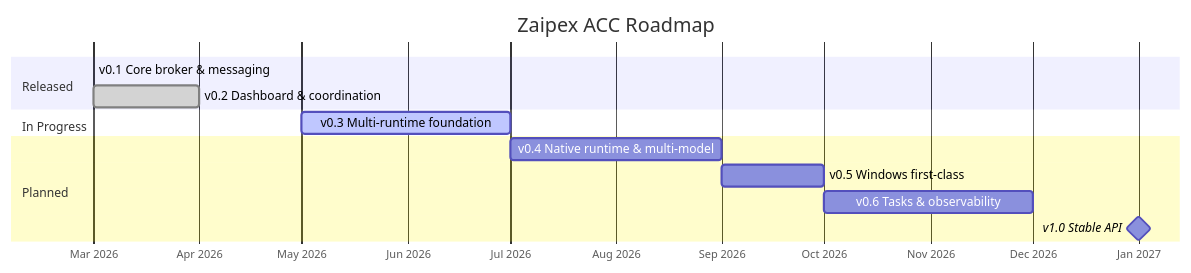
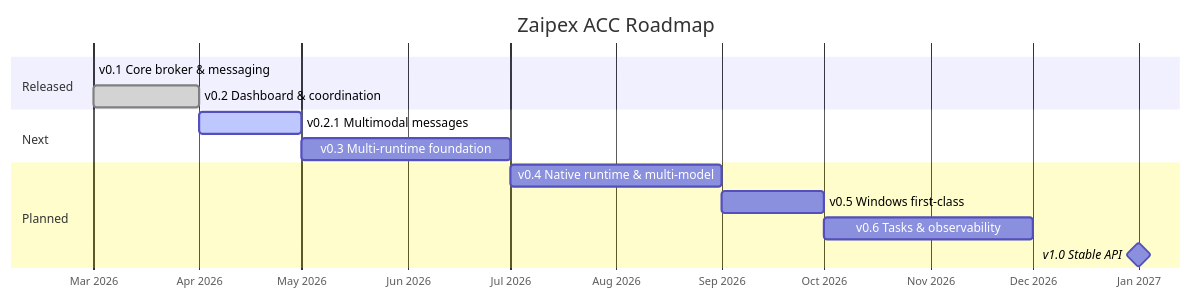
Before and after one commit to Zaipex-Labs/agent-control-center: the second of 2 diagrams in README.md, drawn with Mermaid. The commit also changed other lines of this file and 1 other file, not shown here.

Commit message:
docs(roadmap): add v0.2.1 — multimodal messages between agents
Agents currently only exchange text via send_message / send_to_role.
v0.2.1 extends the protocol with attachments so agents can share
images, screenshots, and files as part of the normal flow — the
backend pastes an error screenshot, the designer drops a mockup, the
tech lead attaches an architecture diagram.

Scope:
- attachments array on send_message / send_to_role carrying path +
  mime type (files live in the sender's cwd or in a new blobs/
  namespace in shared state at ~/.zaipex-acc/blobs/<hash>).
- Dashboard: inline image rendering in chat with lightbox, file chips
  with download link, attachments visible inside expanded meetings.
- Composer: attach button + drag-and-drop.
- Runtimes that support multimodal input (Claude, GPT-4o, Gemini) get
  attachments in-prompt; others get a text placeholder describing the
  file.

Also updates the Mermaid gantt and the README roadmap table.

````diff
--- a/README.md
+++ b/README.md
@@ -497,19 +497,20 @@
 ```mermaid
 gantt
     title Zaipex ACC Roadmap
     dateFormat YYYY-MM
     axisFormat %b %Y
 
     section Released
     v0.1 Core broker & messaging       :done, v01, 2026-03, 2026-03
     v0.2 Dashboard & coordination      :done, v02, 2026-03, 2026-04
 
-    section In Progress
-    v0.3 Multi-runtime foundation      :active, v03, 2026-05, 2026-07
+    section Next
+    v0.2.1 Multimodal messages         :active, v021, 2026-04, 2026-05
+    v0.3 Multi-runtime foundation      :v03, 2026-05, 2026-07
 
     section Planned
     v0.4 Native runtime & multi-model  :v04, 2026-07, 2026-09
     v0.5 Windows first-class           :v05, 2026-09, 2026-10
     v0.6 Tasks & observability         :v06, 2026-10, 2026-12
     v1.0 Stable API                    :milestone, v10, 2027-01, 0d
 ```
````
